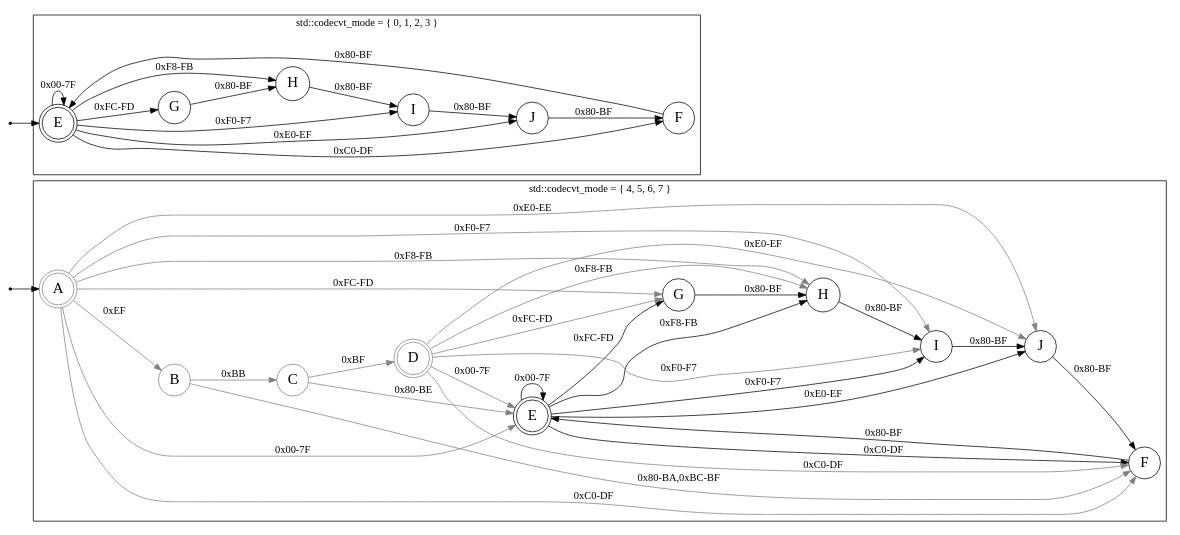
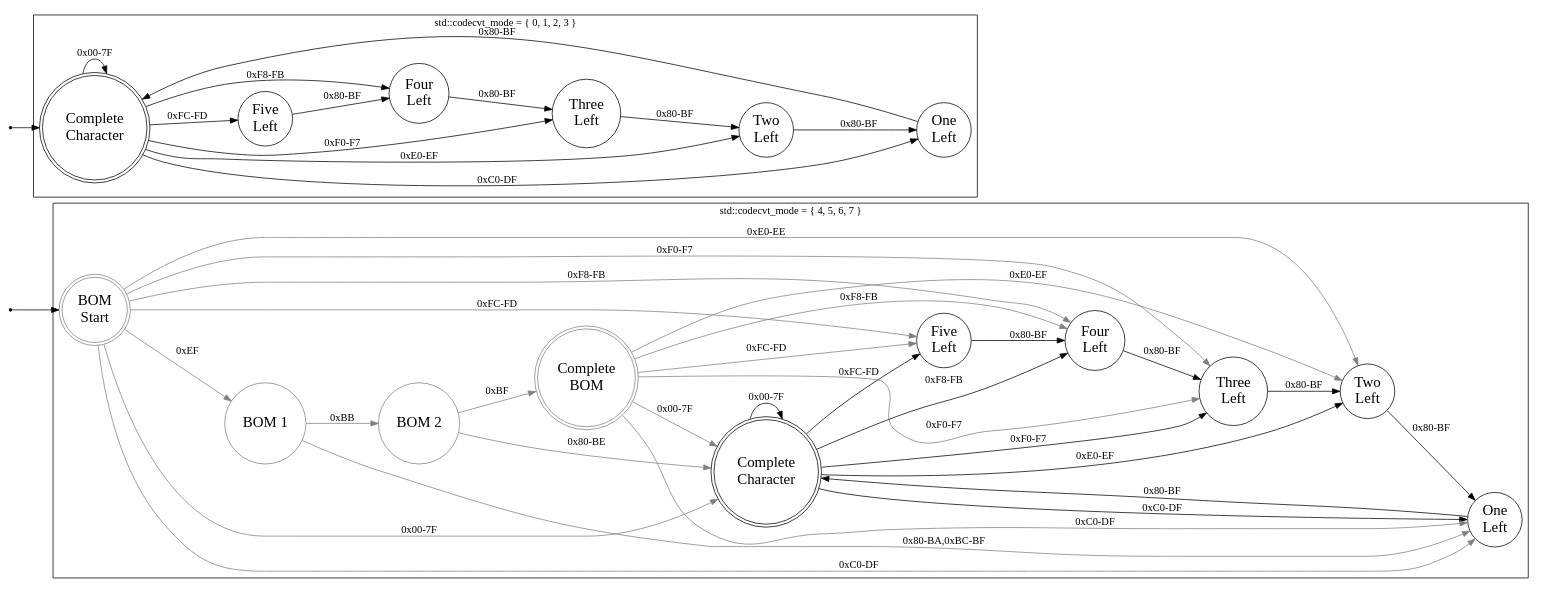
The diagram in src/automata/samples/utf8-input-bom.dot (jschmerge/xos), drawn with Graphviz before and after one commit. The commit also changed 1 other file, not shown here.

Commit message:
More work on state, now can generate semi-helpful dot diagram

```diff
--- a/src/automata/samples/utf8-input-bom.dot
+++ b/src/automata/samples/utf8-input-bom.dot
@@ -1,95 +1,95 @@
 digraph Input {
 	rankdir="LR"
 
 	node [shape=circle,fontname="times bold italic",fontsize=20]
 
 	Initial1 [shape=point]
 	Initial2 [shape=point]
 
 		Initial1 -> BOM_A [color=black]
 		Initial2 -> S1
 
 		subgraph cluster_consume_header {
 			label="std::codecvt_mode = { 4, 5, 6, 7 }"
 
 			subgraph {
 				node [color=gray]
 				edge [color=gray]
 				BOM_A -> S2 [label="0x00-7F"]
 				BOM_A -> A2 [label="0xC0-DF"]
 				BOM_A -> B2 [label="0xE0-EE"]
 				BOM_A -> BOM_B [label="0xEF"]
 				BOM_A -> C2 [label="0xF0-F7"]
 				BOM_A -> D2 [label="0xF8-FB"]
 				BOM_A -> E2 [label="0xFC-FD"]
 
 
 				BOM_B -> BOM_C [label="0xBB"]
 				BOM_B -> A2 [label="0x80-BA,0xBC-BF"]
 
 				BOM_C -> BOM_D [label="0xBF"]
 				BOM_C -> S2 [label="0x80-BE"]
 
 				BOM_D -> S2 [label="0x00-7F"]
 				BOM_D -> A2 [label="0xC0-DF"]
 				BOM_D -> B2 [label="0xE0-EF"]
 				BOM_D -> C2 [label="0xF0-F7"]
 				BOM_D -> D2 [label="0xF8-FB"]
 				BOM_D -> E2 [label="0xFC-FD"]
 			}
 
 			subgraph {
 				edge [color=black]
 
 				S2 [peripheries=2,color=black]
 				S2 -> S2 [label="0x00-7F"]
 				S2 -> A2 [label="0xC0-DF"]
 				S2 -> B2 [label="0xE0-EF"]
 				S2 -> C2 [label="0xF0-F7"]
 				S2 -> D2 [label="0xF8-FB"]
 				S2 -> E2 [label="0xFC-FD"]
 
 				A2 -> S2 [label="0x80-BF"]
 				B2 -> A2 [label="0x80-BF"]
 				C2 -> B2 [label="0x80-BF"]
 				D2 -> C2 [label="0x80-BF"]
 				E2 -> D2 [label="0x80-BF"]
 			}
 
-			BOM_A [label="A",  color=gray,  peripheries=2]
-			BOM_B [label="B"   color=grey,  peripheries=1]
-			BOM_C [label="C"   color=grey,  peripheries=1]
-			BOM_D [label="D",  color=grey,  peripheries=2]
-			S2    [label="E",  color=black, peripheries=2]
-			A2    [label="F",  color=black, peripheries=1]
-			E2    [label="G",  color=black, peripheries=1]
-			D2    [label="H",  color=black, peripheries=1]
-			C2    [label="I",  color=black, peripheries=1]
-			B2    [label="J", color=black, peripheries=1]
+			BOM_A [label="BOM\nStart",  color=gray,  peripheries=2]
+			BOM_B [label="BOM 1"   color=grey,  peripheries=1]
+			BOM_C [label="BOM 2"   color=grey,  peripheries=1]
+			BOM_D [label="Complete\nBOM",  color=grey,  peripheries=2]
+			S2    [label="Complete\nCharacter",  color=black, peripheries=2]
+			A2    [label="One\nLeft",  color=black, peripheries=1]
+			E2    [label="Five\nLeft",  color=black, peripheries=1]
+			D2    [label="Four\nLeft",  color=black, peripheries=1]
+			C2    [label="Three\nLeft",  color=black, peripheries=1]
+			B2    [label="Two\nLeft", color=black, peripheries=1]
 		}
 
 		subgraph cluster_basic
 		{
 			label="std::codecvt_mode = { 0, 1, 2, 3 }"
 			S1 -> S1 [label="0x00-7F"]
 			S1 -> A1 [label="0xC0-DF"]
 			S1 -> B1 [label="0xE0-EF"]
 			S1 -> C1 [label="0xF0-F7"]
 			S1 -> D1 [label="0xF8-FB"]
 
 			S1 -> E1 [label="0xFC-FD"]
 			A1 -> S1 [label="0x80-BF"]
 			B1 -> A1 [label="0x80-BF"]
 			C1 -> B1 [label="0x80-BF"]
 			D1 -> C1 [label="0x80-BF"]
 			E1 -> D1 [label="0x80-BF"]
 
-			S1    [label="E",  color=black, peripheries=2]
-			A1    [label="F",  color=black, peripheries=1]
-			E1    [label="G",  color=black, peripheries=1]
-			D1    [label="H",  color=black, peripheries=1]
-			C1    [label="I",  color=black, peripheries=1]
-			B1    [label="J", color=black, peripheries=1]
+			S1    [label="Complete\nCharacter",  color=black, peripheries=2]
+			A1    [label="One\nLeft",  color=black, peripheries=1]
+			E1    [label="Five\nLeft",  color=black, peripheries=1]
+			D1    [label="Four\nLeft",  color=black, peripheries=1]
+			C1    [label="Three\nLeft",  color=black, peripheries=1]
+			B1    [label="Two\nLeft", color=black, peripheries=1]
 		}
 
 }
```
